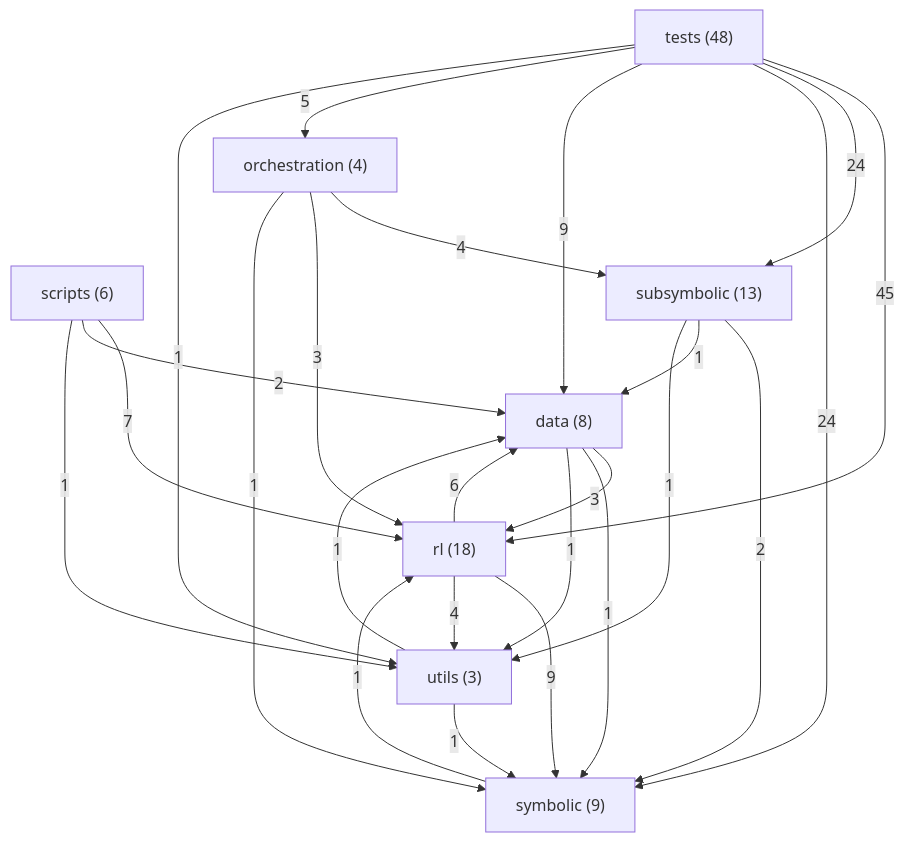
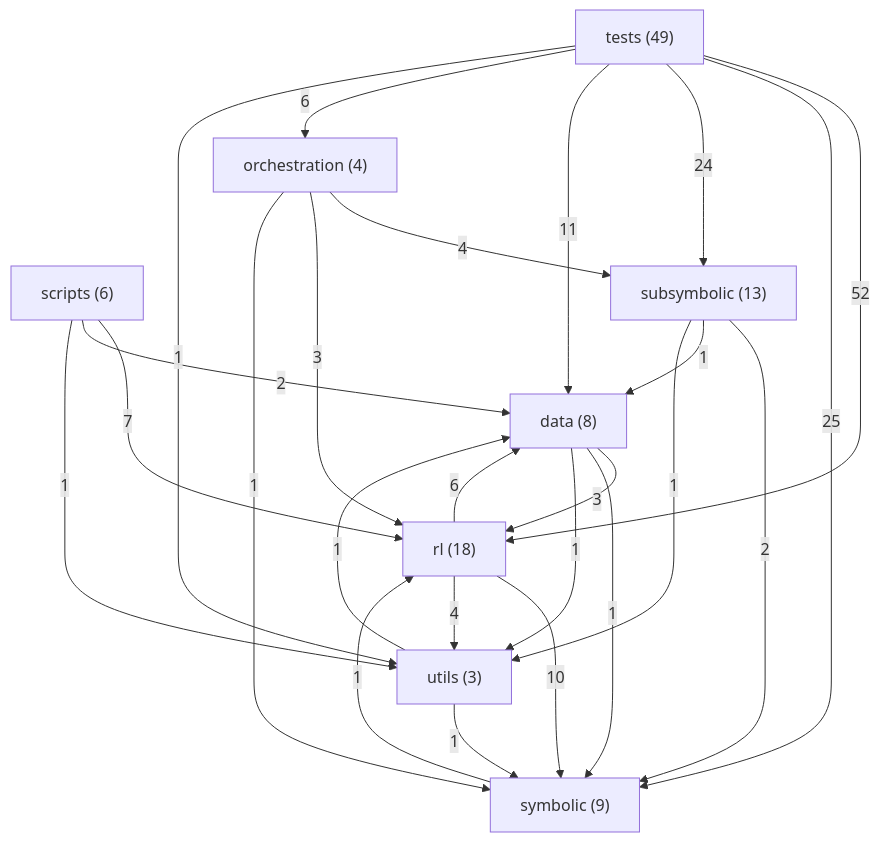
One commit to danrd/ARC-AGI changed the diagram in ARCHITECTURE.md. Above: the diagram before and after it, drawn with Mermaid. The commit also changed other lines of this file and 2 other files, not shown here.

````diff
--- a/ARCHITECTURE.md
+++ b/ARCHITECTURE.md
@@ -127,35 +127,35 @@
 ```mermaid
 graph TD
   data["data (8)"]
   orchestration["orchestration (4)"]
   rl["rl (18)"]
   scripts["scripts (6)"]
   subsymbolic["subsymbolic (13)"]
   symbolic["symbolic (9)"]
-  tests["tests (48)"]
+  tests["tests (49)"]
   utils["utils (3)"]
-  tests -->|45| rl
+  tests -->|52| rl
+  tests -->|25| symbolic
   tests -->|24| subsymbolic
-  tests -->|24| symbolic
-  rl -->|9| symbolic
-  tests -->|9| data
+  tests -->|11| data
+  rl -->|10| symbolic
   scripts -->|7| rl
   rl -->|6| data
-  tests -->|5| orchestration
+  tests -->|6| orchestration
   orchestration -->|4| subsymbolic
   rl -->|4| utils
   data -->|3| rl
   orchestration -->|3| rl
   scripts -->|2| data
   subsymbolic -->|2| symbolic
   data -->|1| symbolic
   data -->|1| utils
   orchestration -->|1| symbolic
   scripts -->|1| utils
   subsymbolic -->|1| data
   subsymbolic -->|1| utils
   symbolic -->|1| rl
   tests -->|1| utils
   utils -->|1| data
   utils -->|1| symbolic
 ```
````
